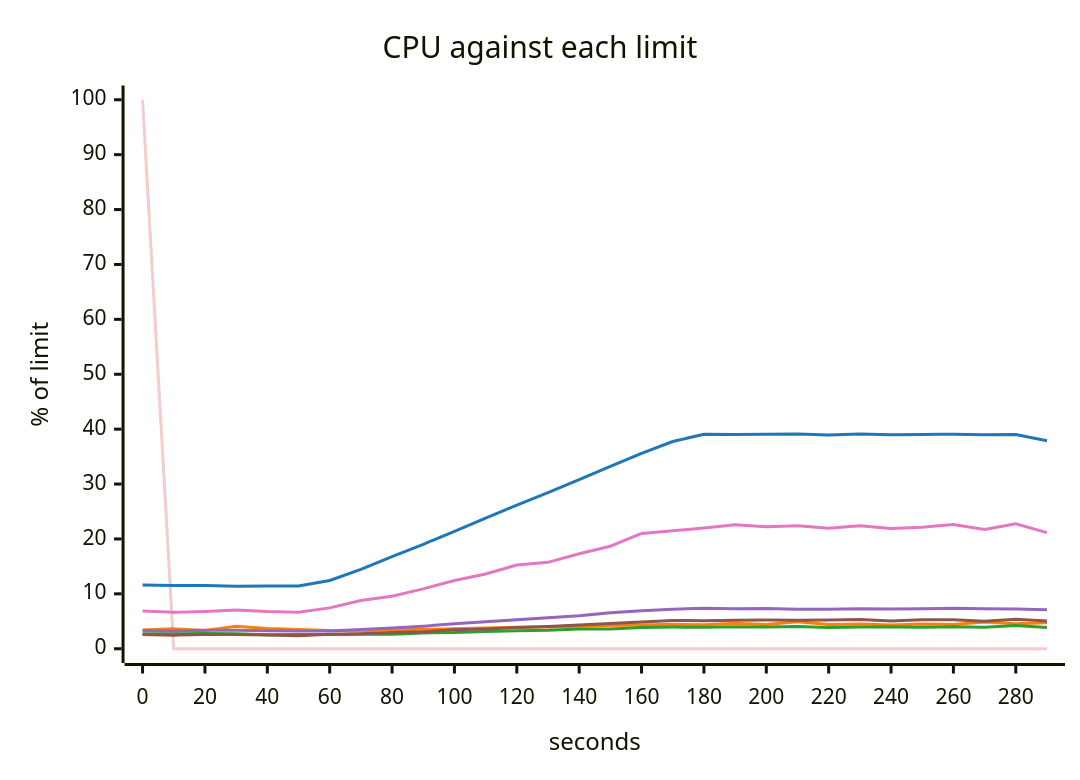
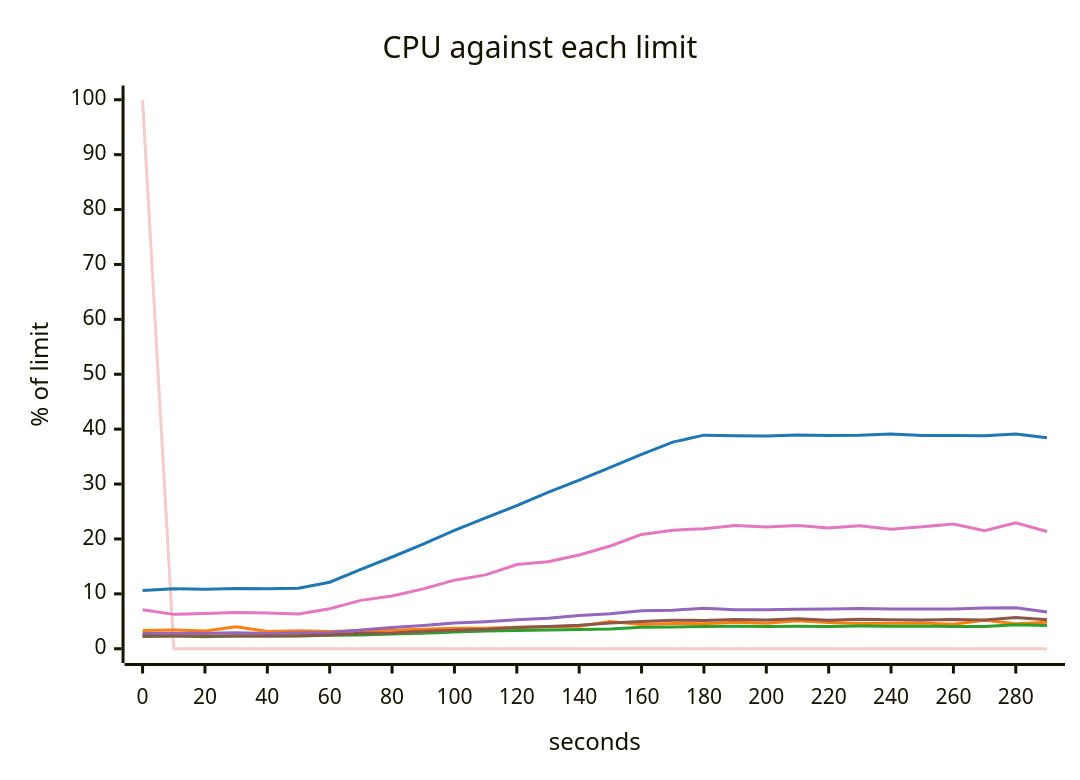
Before and after one commit to akinfemi/load-lore: the fifth of 5 diagrams in scenarios/backed-up-queue/solutions/more-runners/report.md, drawn with Mermaid. The commit also changed other lines of this file and 125 other files, not shown here.

````diff
--- a/scenarios/backed-up-queue/solutions/more-runners/report.md
+++ b/scenarios/backed-up-queue/solutions/more-runners/report.md
@@ -100,20 +99,20 @@
 ```mermaid
 ---
 config:
   themeVariables:
     xyChart:
       backgroundColor: "transparent"
       plotColorPalette: "#f4cccc, #1f77b4, #ff7f0e, #2ca02c, #9467bd, #8c564b, #e377c2"
 ---
 xychart-beta
     title "CPU against each limit"
     x-axis "seconds" 0 --> 290
     y-axis "% of limit" 0 --> 100
     line [100, 0, 0, 0, 0, 0, 0, 0, 0, 0, 0, 0, 0, 0, 0, 0, 0, 0, 0, 0, 0, 0, 0, 0, 0, 0, 0, 0, 0, 0]
-    line [11.604, 11.503, 11.535, 11.368, 11.436, 11.435, 12.43, 14.451, 16.798, 19.029, 21.381, 23.811, 26.179, 28.448, 30.808, 33.212, 35.59, 37.746, 39.078, 39.038, 39.079, 39.109, 38.917, 39.135, 38.964, 39.034, 39.078, 38.982, 39.037, 37.874]
-    line [3.393, 3.624, 3.312, 4.106, 3.692, 3.511, 3.326, 3.296, 3.412, 3.538, 3.625, 3.791, 3.936, 3.949, 4.082, 4.254, 4.327, 4.457, 4.372, 4.623, 4.409, 4.936, 4.43, 4.525, 4.342, 4.52, 4.44, 4.872, 4.561, 4.745]
-    line [2.733, 2.754, 2.761, 2.729, 2.541, 2.592, 2.612, 2.663, 2.661, 2.88, 2.943, 3.156, 3.288, 3.367, 3.576, 3.585, 3.851, 3.942, 3.912, 4.008, 3.978, 4.049, 3.858, 3.979, 3.95, 3.897, 3.988, 3.918, 4.218, 3.882]
-    line [3.311, 3.236, 3.376, 3.355, 3.256, 3.237, 3.237, 3.498, 3.762, 4.107, 4.537, 4.9, 5.275, 5.661, 6.025, 6.538, 6.904, 7.203, 7.368, 7.283, 7.352, 7.206, 7.189, 7.303, 7.251, 7.293, 7.376, 7.271, 7.242, 7.109]
-    line [2.582, 2.476, 2.577, 2.578, 2.519, 2.384, 2.631, 2.754, 2.963, 3.095, 3.443, 3.615, 3.883, 4.033, 4.308, 4.604, 4.876, 5.135, 5.109, 5.169, 5.227, 5.213, 5.223, 5.326, 5.05, 5.263, 5.284, 4.996, 5.354, 5.068]
-    line [6.894, 6.636, 6.791, 7.038, 6.763, 6.634, 7.442, 8.788, 9.568, 10.908, 12.422, 13.613, 15.238, 15.738, 17.307, 18.673, 21.005, 21.488, 21.996, 22.58, 22.213, 22.399, 21.949, 22.382, 21.894, 22.123, 22.633, 21.733, 22.773, 21.157]
+    line [10.601, 10.917, 10.82, 10.965, 10.911, 11.04, 12.121, 14.443, 16.709, 19.078, 21.568, 23.826, 26.052, 28.488, 30.72, 33.04, 35.405, 37.633, 38.906, 38.775, 38.742, 38.931, 38.845, 38.894, 39.113, 38.839, 38.866, 38.804, 39.119, 38.452]
+    line [3.324, 3.428, 3.239, 4.014, 3.142, 3.281, 3.13, 3.276, 3.363, 3.53, 3.743, 3.756, 3.923, 4.026, 4.103, 4.954, 4.414, 4.604, 4.564, 4.804, 4.632, 5.113, 4.787, 4.579, 4.629, 4.671, 4.484, 5.173, 4.561, 4.849]
+    line [2.25, 2.331, 2.187, 2.323, 2.301, 2.314, 2.446, 2.519, 2.673, 2.816, 3.072, 3.23, 3.312, 3.4, 3.516, 3.596, 3.924, 3.963, 4.062, 4.112, 4.07, 4.087, 4.04, 4.135, 4.111, 4.105, 4.075, 4.056, 4.389, 4.249]
+    line [2.795, 2.822, 2.823, 2.897, 2.794, 2.896, 2.976, 3.395, 3.872, 4.242, 4.67, 4.93, 5.266, 5.558, 6.066, 6.369, 6.906, 7.014, 7.364, 7.082, 7.105, 7.175, 7.258, 7.35, 7.224, 7.251, 7.243, 7.431, 7.451, 6.703]
+    line [2.337, 2.333, 2.307, 2.3, 2.345, 2.369, 2.504, 2.801, 2.847, 3.175, 3.386, 3.542, 3.872, 4.033, 4.29, 4.7, 4.968, 5.175, 5.163, 5.345, 5.247, 5.46, 5.187, 5.381, 5.291, 5.237, 5.341, 5.257, 5.689, 5.287]
+    line [7.103, 6.264, 6.424, 6.607, 6.499, 6.337, 7.281, 8.816, 9.597, 10.906, 12.491, 13.453, 15.347, 15.836, 17.066, 18.713, 20.823, 21.604, 21.857, 22.471, 22.192, 22.428, 21.987, 22.396, 21.781, 22.244, 22.701, 21.513, 22.958, 21.358]
 ```
````
